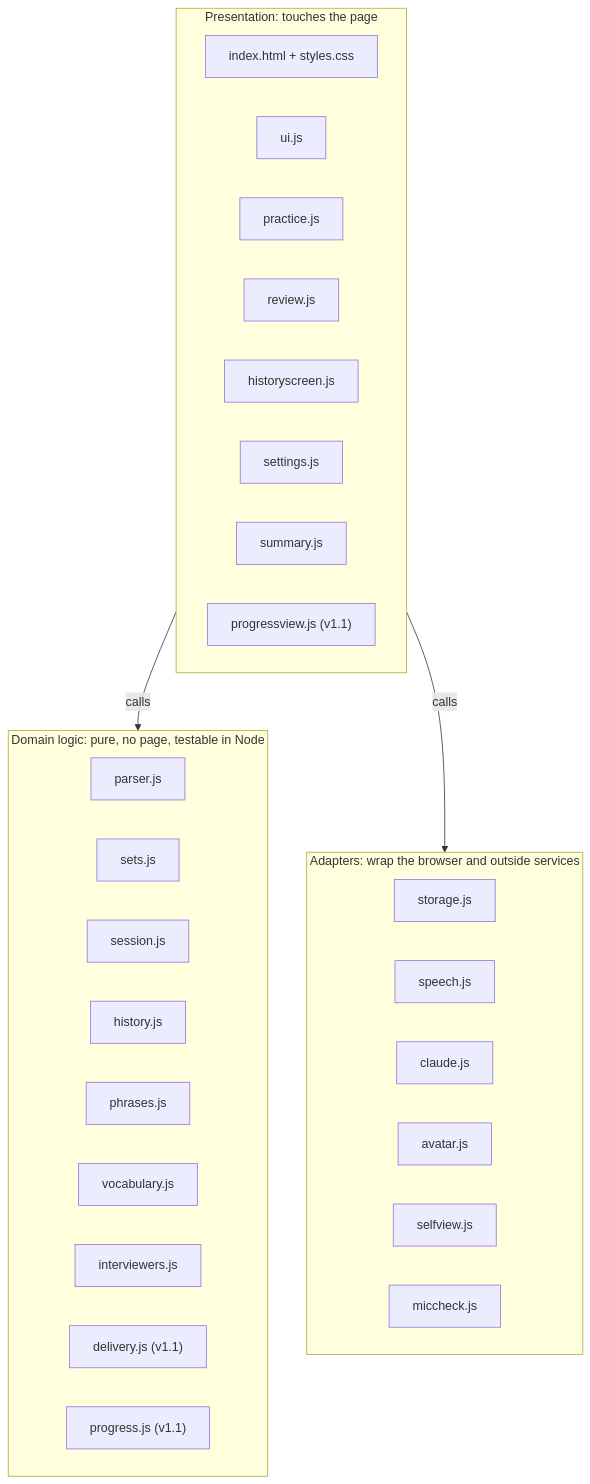
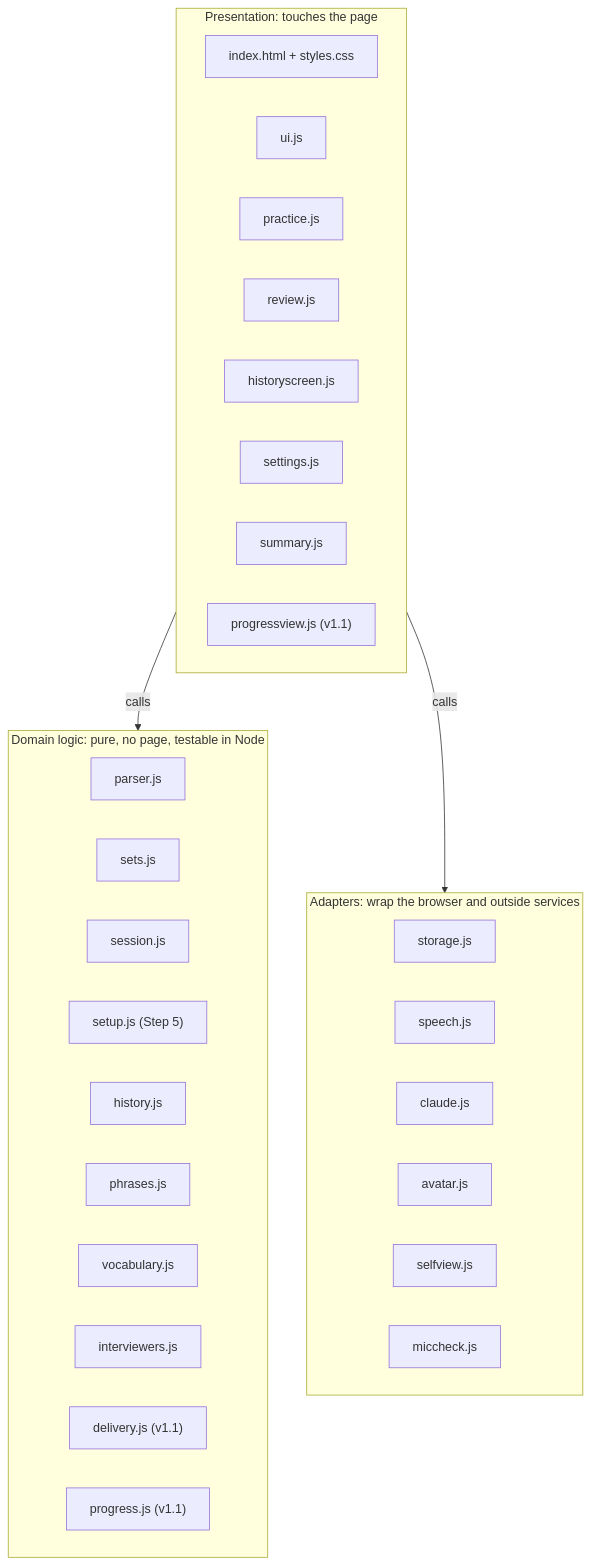
The second of 6 diagrams in docs/architecture.md (mehulp/interview-pal), drawn with Mermaid before and after one commit. The commit also changed other lines of this file and 19 other files, not shown here.

Commit message:
Step 5: one setup screen with three sections and More options, presets, feedback choice, microphone test and camera preview, per-session recording choice, start summary; shared mic checker; setup browser check

````diff
--- a/docs/architecture.md
+++ b/docs/architecture.md
@@ -51,37 +51,38 @@
 ```mermaid
 flowchart TB
     subgraph P["Presentation: touches the page"]
         direction LR
         P1["index.html + styles.css"]
         P2["ui.js"]
         P3["practice.js"]
         P4["review.js"]
         P5["historyscreen.js"]
         P6["settings.js"]
         P7["summary.js"]
         P8["progressview.js (v1.1)"]
     end
     subgraph D["Domain logic: pure, no page, testable in Node"]
         direction LR
         D1["parser.js"]
         D2["sets.js"]
         D3["session.js"]
+        D3b["setup.js (Step 5)"]
         D4["history.js"]
         D5["phrases.js"]
         D6["vocabulary.js"]
         D7["interviewers.js"]
         D8["delivery.js (v1.1)"]
         D9["progress.js (v1.1)"]
     end
     subgraph A["Adapters: wrap the browser and outside services"]
         direction LR
         A1["storage.js"]
         A2["speech.js"]
         A3["claude.js"]
         A4["avatar.js"]
         A5["selfview.js"]
         A6["miccheck.js"]
     end
     P -->|calls| D
     P -->|calls| A
 ```
````
